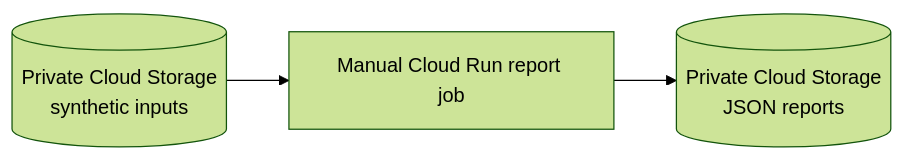
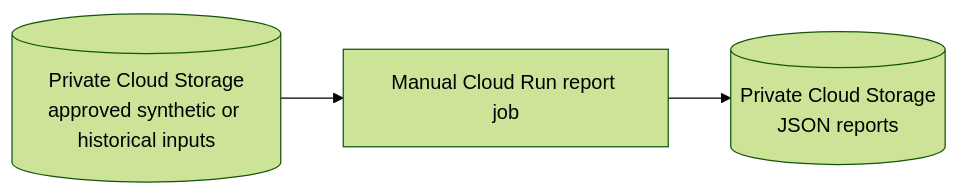
The second of 2 diagrams in docs/architecture.md (mifuha/runwx), drawn with Mermaid (forest theme) before and after one commit. The commit also changed other lines of this file and 8 other files, not shown here.

Commit message:
Validate historical snapshot through Cloud Run

````diff
--- a/docs/architecture.md
+++ b/docs/architecture.md
@@ -110,5 +113,5 @@
 ```mermaid
 flowchart LR
-    inputs[("Private Cloud Storage<br/>synthetic inputs")] --> job["Manual Cloud Run report job"]
+    inputs[("Private Cloud Storage<br/>approved synthetic or historical inputs")] --> job["Manual Cloud Run report job"]
     job --> reports[("Private Cloud Storage<br/>JSON reports")]
 ```
````
